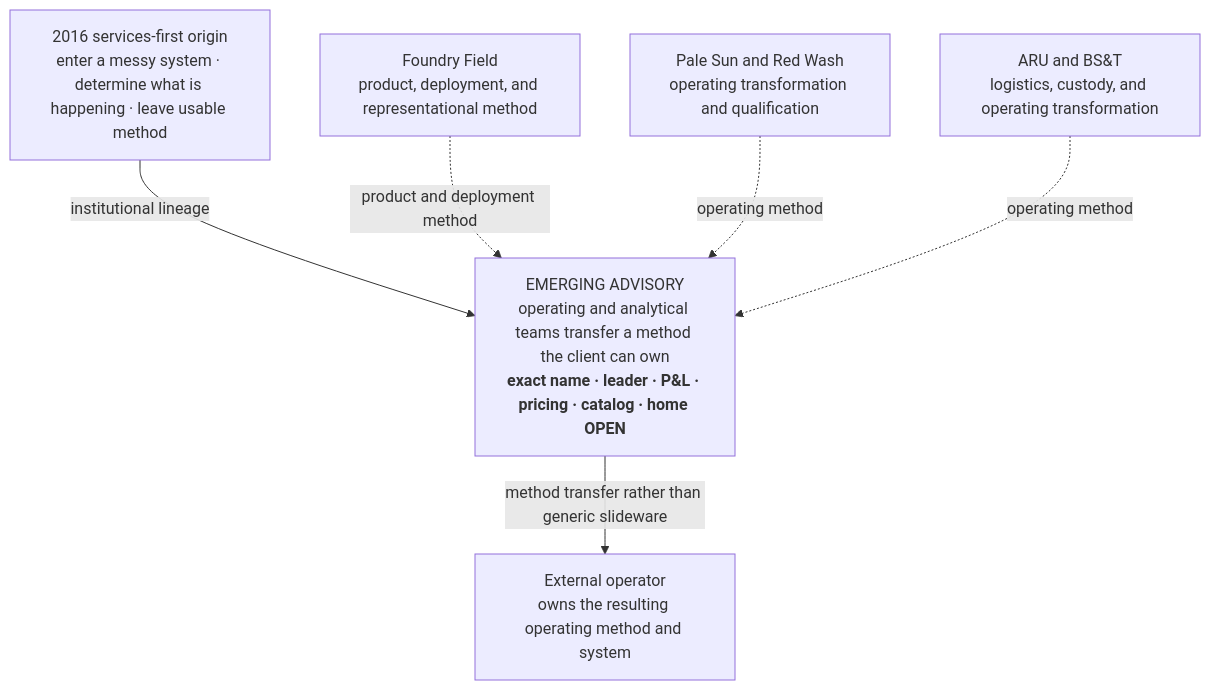
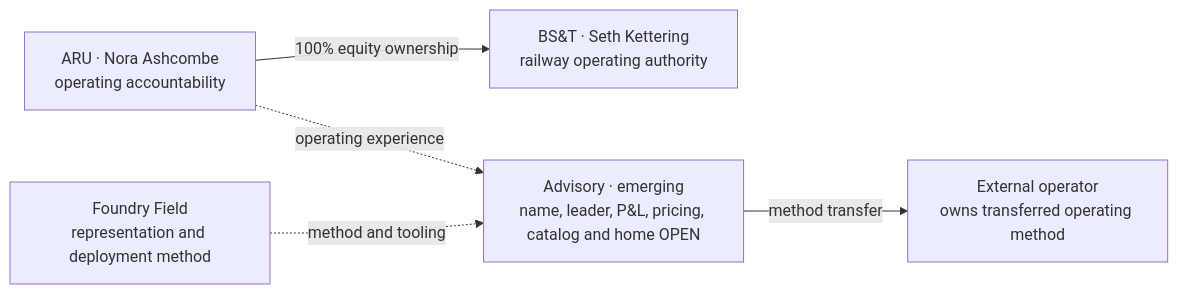
One commit to SquirmyWormy275/SABLEHARBOR changed the diagram in docs/organization/ARU_BST_AND_ADVISORY.md. Above: the diagram before and after it, drawn with Mermaid. The commit also changed other lines of this file and 207 other files, not shown here.

First line of the commit message:
Complete the Pale Sun, Red Wash and ARU industrial case (#98)

````diff
--- a/docs/organization/ARU_BST_AND_ADVISORY.md
+++ b/docs/organization/ARU_BST_AND_ADVISORY.md
@@ -45,16 +13,12 @@
 ```mermaid
-flowchart TB
-    SERVICES["2016 services-first origin<br/>enter a messy system · determine what is happening · leave usable method"]
-    FIELD["Foundry Field<br/>product, deployment, and representational method"]
-    PALE["Pale Sun and Red Wash<br/>operating transformation and qualification"]
-    ARU["ARU and BS&T<br/>logistics, custody, and operating transformation"]
-
-    ADVISORY["EMERGING ADVISORY<br/>operating and analytical teams transfer a method the client can own<br/><b>exact name · leader · P&L · pricing · catalog · home OPEN</b>"]
-    CLIENT["External operator<br/>owns the resulting operating method and system"]
-
-    SERVICES -->|institutional lineage| ADVISORY
-    FIELD -.->|product and deployment method| ADVISORY
-    PALE -.->|operating method| ADVISORY
-    ARU -.->|operating method| ADVISORY
-    ADVISORY -->|method transfer rather than generic slideware| CLIENT
+flowchart LR
+    ARU["ARU · Nora Ashcombe<br/>operating accountability"]
+    BST["BS&T · Seth Kettering<br/>railway operating authority"]
+    FIELD["Foundry Field<br/>representation and deployment method"]
+    ADV["Advisory · emerging<br/>name, leader, P&L, pricing, catalog and home OPEN"]
+    CLIENT["External operator<br/>owns transferred operating method"]
+    ARU -->|100% equity ownership| BST
+    ARU -.->|operating experience| ADV
+    FIELD -.->|method and tooling| ADV
+    ADV -->|method transfer| CLIENT
 ```
````
